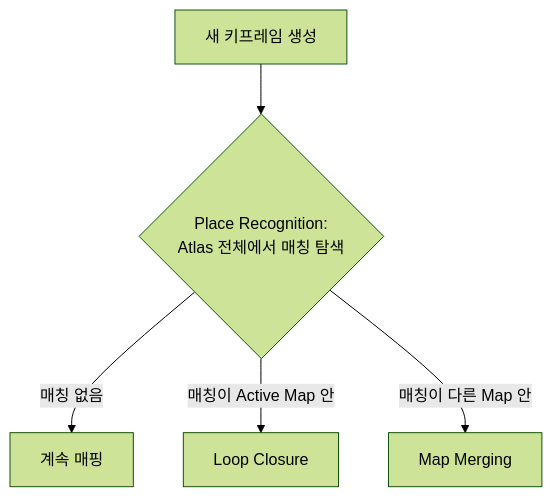
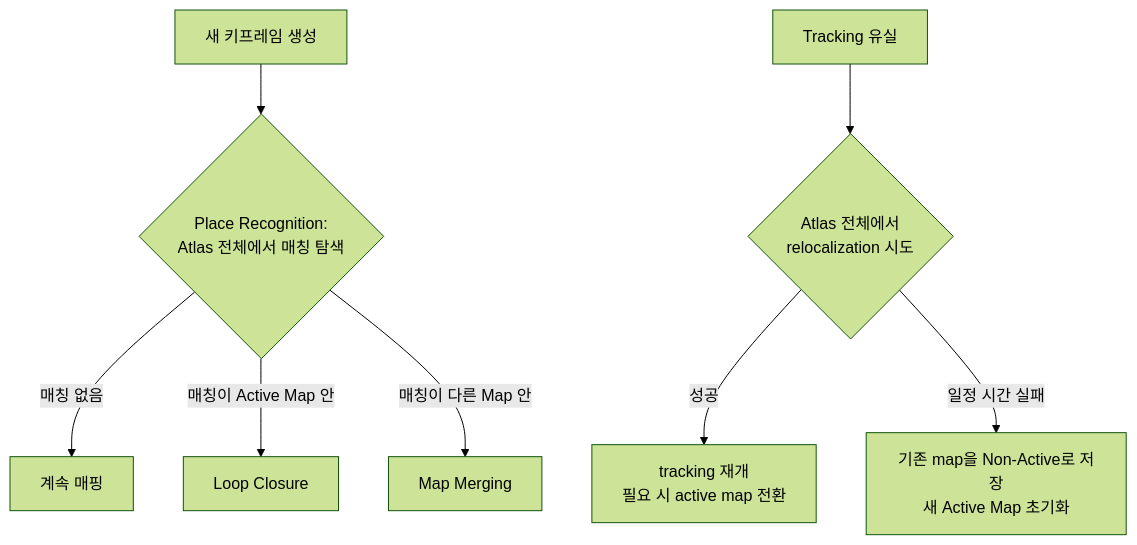
One commit to codebaragi23/ROS2-doc changed the diagram in SLAM 백엔드/D1-3_Multi-Map_System_Atlas와_재추적_병합.md. Above: the diagram before and after it, drawn with Mermaid (forest theme). The commit also changed other lines of this file and 28 other files, not shown here.

````diff
--- a/SLAM 백엔드/D1-3_Multi-Map_System_Atlas와_재추적_병합.md
+++ b/SLAM 백엔드/D1-3_Multi-Map_System_Atlas와_재추적_병합.md
@@ -29,8 +67,15 @@
 ```mermaid
 flowchart TD
     NK[새 키프레임 생성] --> PR{Place Recognition:
 Atlas 전체에서 매칭 탐색}
     PR -->|매칭 없음| CONT[계속 매핑]
     PR -->|매칭이 Active Map 안| LC[Loop Closure]
     PR -->|매칭이 다른 Map 안| MM[Map Merging]
+
+    TL[Tracking 유실] --> RELOC{Atlas 전체에서
+relocalization 시도}
+    RELOC -->|성공| RESUME[tracking 재개
+필요 시 active map 전환]
+    RELOC -->|일정 시간 실패| NEWMAP[기존 map을 Non-Active로 저장
+새 Active Map 초기화]
 ```
````
